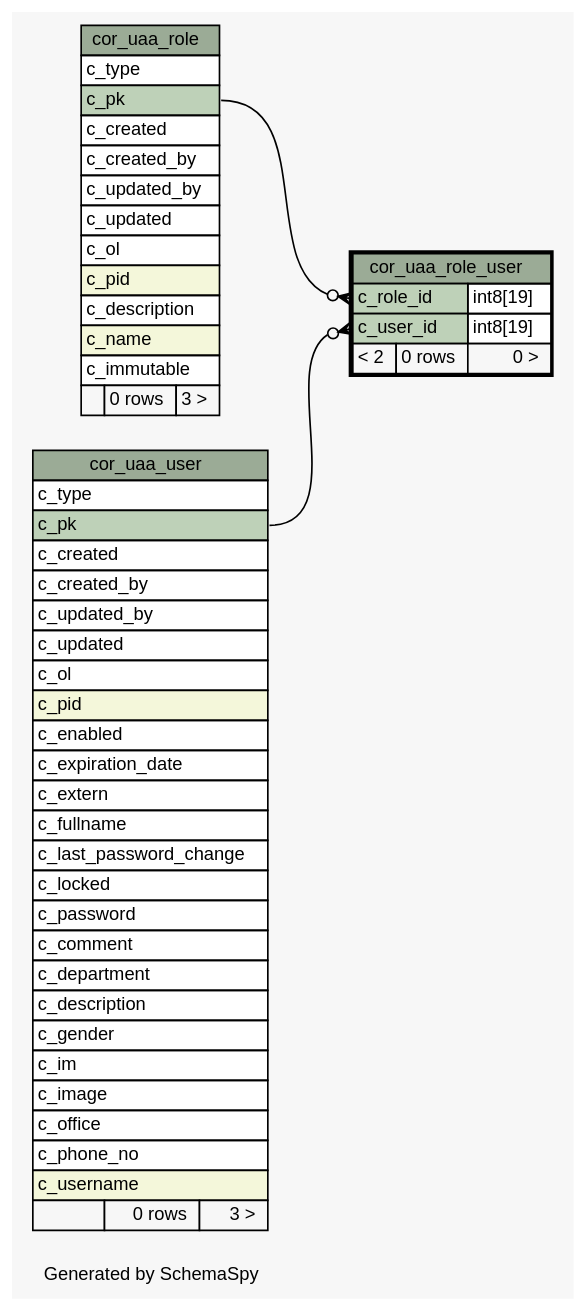
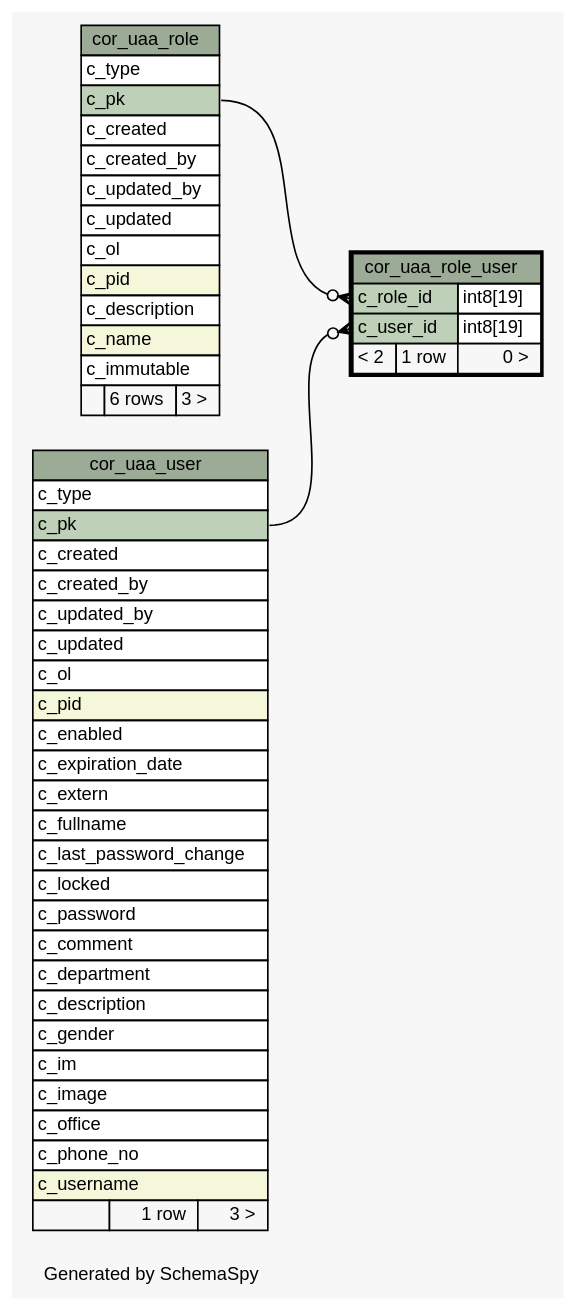
Before and after one commit to openwms/org.openwms.core.uaa: the diagram in 2.0.0-SNAPSHOT/schemaspy/diagrams/cor_uaa_role_user.1degree.dot, drawn with Graphviz. The commit also changed 309 other files, not shown here.

```diff
--- a/2.0.0-SNAPSHOT/schemaspy/diagrams/cor_uaa_role_user.1degree.dot
+++ b/2.0.0-SNAPSHOT/schemaspy/diagrams/cor_uaa_role_user.1degree.dot
@@ -1,88 +1,88 @@
 // dot 2.43.0 on Linux 5.15.0-1020-azure
 // SchemaSpy rev Unknown
 digraph "oneDegreeRelationshipsDiagram" {
   graph [
     rankdir="RL"
     bgcolor="#f7f7f7"
     label="\nGenerated by SchemaSpy"
     labeljust="l"
     nodesep="0.18"
     ranksep="0.46"
     fontname="Helvetica"
     fontsize="11"
   ];
   node [
     fontname="Helvetica"
     fontsize="11"
     shape="plaintext"
   ];
   edge [
     arrowsize="0.8"
   ];
   "cor_uaa_role_user":"c_role_id":w -> "cor_uaa_role":"c_pk":e [arrowhead=none dir=back arrowtail=crowodot];
   "cor_uaa_role_user":"c_user_id":w -> "cor_uaa_user":"c_pk":e [arrowhead=none dir=back arrowtail=crowodot];
   "cor_uaa_role" [
     label=<
     <TABLE BORDER="0" CELLBORDER="1" CELLSPACING="0" BGCOLOR="#ffffff">
       <TR><TD COLSPAN="3" BGCOLOR="#9bab96" ALIGN="CENTER">cor_uaa_role</TD></TR>
       <TR><TD PORT="c_type" COLSPAN="3" ALIGN="LEFT">c_type</TD></TR>
       <TR><TD PORT="c_pk" COLSPAN="3" BGCOLOR="#bed1b8" ALIGN="LEFT">c_pk</TD></TR>
       <TR><TD PORT="c_created" COLSPAN="3" ALIGN="LEFT">c_created</TD></TR>
       <TR><TD PORT="c_created_by" COLSPAN="3" ALIGN="LEFT">c_created_by</TD></TR>
       <TR><TD PORT="c_updated_by" COLSPAN="3" ALIGN="LEFT">c_updated_by</TD></TR>
       <TR><TD PORT="c_updated" COLSPAN="3" ALIGN="LEFT">c_updated</TD></TR>
       <TR><TD PORT="c_ol" COLSPAN="3" ALIGN="LEFT">c_ol</TD></TR>
       <TR><TD PORT="c_pid" COLSPAN="3" BGCOLOR="#f4f7da" ALIGN="LEFT">c_pid</TD></TR>
       <TR><TD PORT="c_description" COLSPAN="3" ALIGN="LEFT">c_description</TD></TR>
       <TR><TD PORT="c_name" COLSPAN="3" BGCOLOR="#f4f7da" ALIGN="LEFT">c_name</TD></TR>
       <TR><TD PORT="c_immutable" COLSPAN="3" ALIGN="LEFT">c_immutable</TD></TR>
-      <TR><TD ALIGN="LEFT" BGCOLOR="#f7f7f7">  </TD><TD ALIGN="RIGHT" BGCOLOR="#f7f7f7">0 rows</TD><TD ALIGN="RIGHT" BGCOLOR="#f7f7f7">3 &gt;</TD></TR>
+      <TR><TD ALIGN="LEFT" BGCOLOR="#f7f7f7">  </TD><TD ALIGN="RIGHT" BGCOLOR="#f7f7f7">6 rows</TD><TD ALIGN="RIGHT" BGCOLOR="#f7f7f7">3 &gt;</TD></TR>
     </TABLE>>
     URL="cor_uaa_role.html"
     tooltip="cor_uaa_role"
   ];
   "cor_uaa_role_user" [
     label=<
     <TABLE BORDER="2" CELLBORDER="1" CELLSPACING="0" BGCOLOR="#ffffff">
       <TR><TD COLSPAN="3" BGCOLOR="#9bab96" ALIGN="CENTER">cor_uaa_role_user</TD></TR>
       <TR><TD PORT="c_role_id" COLSPAN="2" BGCOLOR="#bed1b8" ALIGN="LEFT">c_role_id</TD><TD PORT="c_role_id.type" ALIGN="LEFT">int8[19]</TD></TR>
       <TR><TD PORT="c_user_id" COLSPAN="2" BGCOLOR="#bed1b8" ALIGN="LEFT">c_user_id</TD><TD PORT="c_user_id.type" ALIGN="LEFT">int8[19]</TD></TR>
-      <TR><TD ALIGN="LEFT" BGCOLOR="#f7f7f7">&lt; 2</TD><TD ALIGN="RIGHT" BGCOLOR="#f7f7f7">0 rows</TD><TD ALIGN="RIGHT" BGCOLOR="#f7f7f7">0 &gt;</TD></TR>
+      <TR><TD ALIGN="LEFT" BGCOLOR="#f7f7f7">&lt; 2</TD><TD ALIGN="RIGHT" BGCOLOR="#f7f7f7">1 row</TD><TD ALIGN="RIGHT" BGCOLOR="#f7f7f7">0 &gt;</TD></TR>
     </TABLE>>
     URL="cor_uaa_role_user.html"
     tooltip="cor_uaa_role_user"
   ];
   "cor_uaa_user" [
     label=<
     <TABLE BORDER="0" CELLBORDER="1" CELLSPACING="0" BGCOLOR="#ffffff">
       <TR><TD COLSPAN="3" BGCOLOR="#9bab96" ALIGN="CENTER">cor_uaa_user</TD></TR>
       <TR><TD PORT="c_type" COLSPAN="3" ALIGN="LEFT">c_type</TD></TR>
       <TR><TD PORT="c_pk" COLSPAN="3" BGCOLOR="#bed1b8" ALIGN="LEFT">c_pk</TD></TR>
       <TR><TD PORT="c_created" COLSPAN="3" ALIGN="LEFT">c_created</TD></TR>
       <TR><TD PORT="c_created_by" COLSPAN="3" ALIGN="LEFT">c_created_by</TD></TR>
       <TR><TD PORT="c_updated_by" COLSPAN="3" ALIGN="LEFT">c_updated_by</TD></TR>
       <TR><TD PORT="c_updated" COLSPAN="3" ALIGN="LEFT">c_updated</TD></TR>
       <TR><TD PORT="c_ol" COLSPAN="3" ALIGN="LEFT">c_ol</TD></TR>
       <TR><TD PORT="c_pid" COLSPAN="3" BGCOLOR="#f4f7da" ALIGN="LEFT">c_pid</TD></TR>
       <TR><TD PORT="c_enabled" COLSPAN="3" ALIGN="LEFT">c_enabled</TD></TR>
       <TR><TD PORT="c_expiration_date" COLSPAN="3" ALIGN="LEFT">c_expiration_date</TD></TR>
       <TR><TD PORT="c_extern" COLSPAN="3" ALIGN="LEFT">c_extern</TD></TR>
       <TR><TD PORT="c_fullname" COLSPAN="3" ALIGN="LEFT">c_fullname</TD></TR>
       <TR><TD PORT="c_last_password_change" COLSPAN="3" ALIGN="LEFT">c_last_password_change</TD></TR>
       <TR><TD PORT="c_locked" COLSPAN="3" ALIGN="LEFT">c_locked</TD></TR>
       <TR><TD PORT="c_password" COLSPAN="3" ALIGN="LEFT">c_password</TD></TR>
       <TR><TD PORT="c_comment" COLSPAN="3" ALIGN="LEFT">c_comment</TD></TR>
       <TR><TD PORT="c_department" COLSPAN="3" ALIGN="LEFT">c_department</TD></TR>
       <TR><TD PORT="c_description" COLSPAN="3" ALIGN="LEFT">c_description</TD></TR>
       <TR><TD PORT="c_gender" COLSPAN="3" ALIGN="LEFT">c_gender</TD></TR>
       <TR><TD PORT="c_im" COLSPAN="3" ALIGN="LEFT">c_im</TD></TR>
       <TR><TD PORT="c_image" COLSPAN="3" ALIGN="LEFT">c_image</TD></TR>
       <TR><TD PORT="c_office" COLSPAN="3" ALIGN="LEFT">c_office</TD></TR>
       <TR><TD PORT="c_phone_no" COLSPAN="3" ALIGN="LEFT">c_phone_no</TD></TR>
       <TR><TD PORT="c_username" COLSPAN="3" BGCOLOR="#f4f7da" ALIGN="LEFT">c_username</TD></TR>
-      <TR><TD ALIGN="LEFT" BGCOLOR="#f7f7f7">  </TD><TD ALIGN="RIGHT" BGCOLOR="#f7f7f7">0 rows</TD><TD ALIGN="RIGHT" BGCOLOR="#f7f7f7">3 &gt;</TD></TR>
+      <TR><TD ALIGN="LEFT" BGCOLOR="#f7f7f7">  </TD><TD ALIGN="RIGHT" BGCOLOR="#f7f7f7">1 row</TD><TD ALIGN="RIGHT" BGCOLOR="#f7f7f7">3 &gt;</TD></TR>
     </TABLE>>
     URL="cor_uaa_user.html"
     tooltip="cor_uaa_user"
   ];
 }
```
